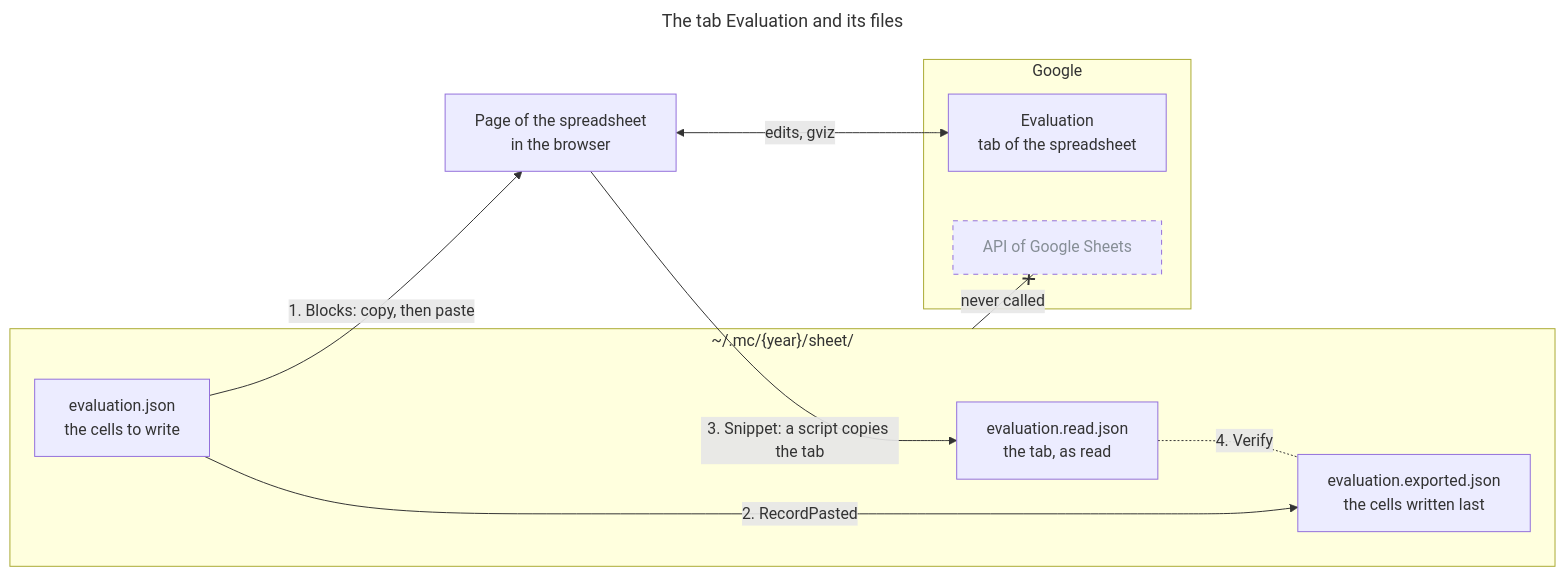
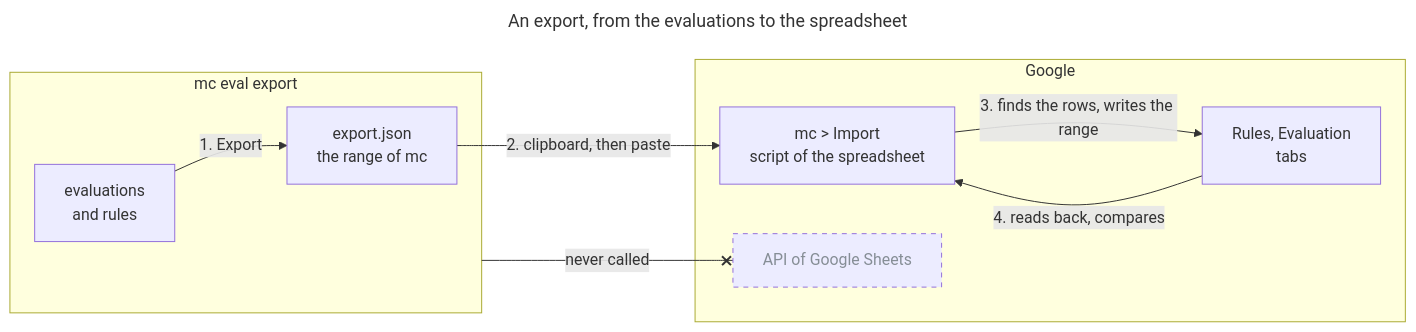
Before and after one commit to mincong-classroom/mc: the diagram in sheet/README.md, drawn with Mermaid. The commit also changed other lines of this file and 36 other files, not shown here.

Commit message:
Import the evaluation sheet with a script of the spreadsheet, mc eval export (#41)

````diff
--- a/sheet/README.md
+++ b/sheet/README.md
@@ -23,24 +26,22 @@
 ```mermaid
 ---
-title: "The tab Evaluation and its files"
+title: "An export, from the evaluations to the spreadsheet"
 ---
 flowchart LR
-  subgraph files["~/.mc/{year}/sheet/"]
-    pending["evaluation.json<br>the cells to write"]
-    exported["evaluation.exported.json<br>the cells written last"]
-    read["evaluation.read.json<br>the tab, as read"]
+  subgraph mc["mc eval export"]
+    files["evaluations<br>and rules"]
+    export["export.json<br>the range of mc"]
   end
-  page["Page of the spreadsheet<br>in the browser"]
   subgraph google["Google"]
-    tab["Evaluation<br>tab of the spreadsheet"]
+    script["mc > Import<br>script of the spreadsheet"]
+    tabs["Rules, Evaluation<br>tabs"]
     api["API of Google Sheets"]
   end
-  pending -- "1. Blocks: copy, then paste" --> page
-  pending -- "2. RecordPasted" --> exported
-  page -- "3. Snippet: a script copies the tab" --> read
-  read -. "4. Verify" .- exported
-  page <-- "edits, gviz" --> tab
-  files --x|"never called"| api
+  files -- "1. Export" --> export
+  export -- "2. clipboard, then paste" --> script
+  script -- "3. finds the rows, writes the range" --> tabs
+  tabs -- "4. reads back, compares" --> script
+  mc --x|"never called"| api
   classDef secondary stroke-dasharray:5 5,color:#868e96
   class api secondary
 ```
````
